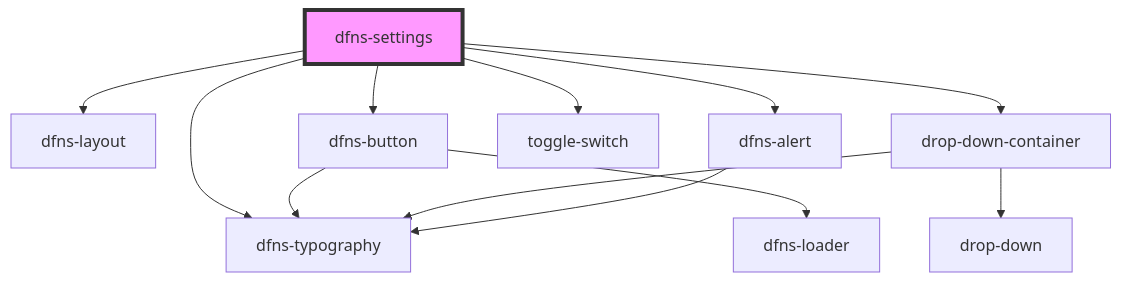
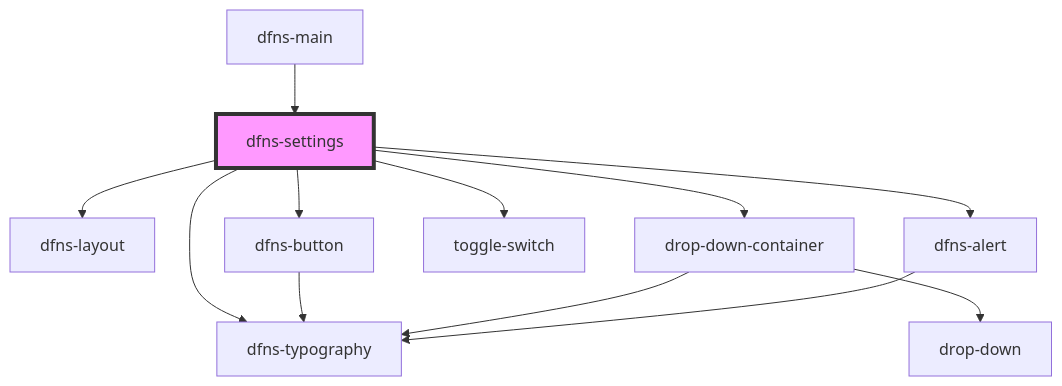
One commit to dfnsext/web-ui changed the diagram in src/components/Pages/dfns-settings/readme.md. Above: the diagram before and after it, drawn with Mermaid. The commit also changed other lines of this file and 23 other files, not shown here.

````diff
--- a/src/components/Pages/dfns-settings/readme.md
+++ b/src/components/Pages/dfns-settings/readme.md
@@ -40,15 +38,15 @@
 ```mermaid
 graph TD;
   dfns-settings --> dfns-layout
   dfns-settings --> dfns-typography
   dfns-settings --> dfns-button
   dfns-settings --> drop-down-container
   dfns-settings --> toggle-switch
   dfns-settings --> dfns-alert
   dfns-button --> dfns-typography
-  dfns-button --> dfns-loader
   drop-down-container --> drop-down
   drop-down-container --> dfns-typography
   dfns-alert --> dfns-typography
+  dfns-main --> dfns-settings
   style dfns-settings fill:#f9f,stroke:#333,stroke-width:4px
 ```
````
